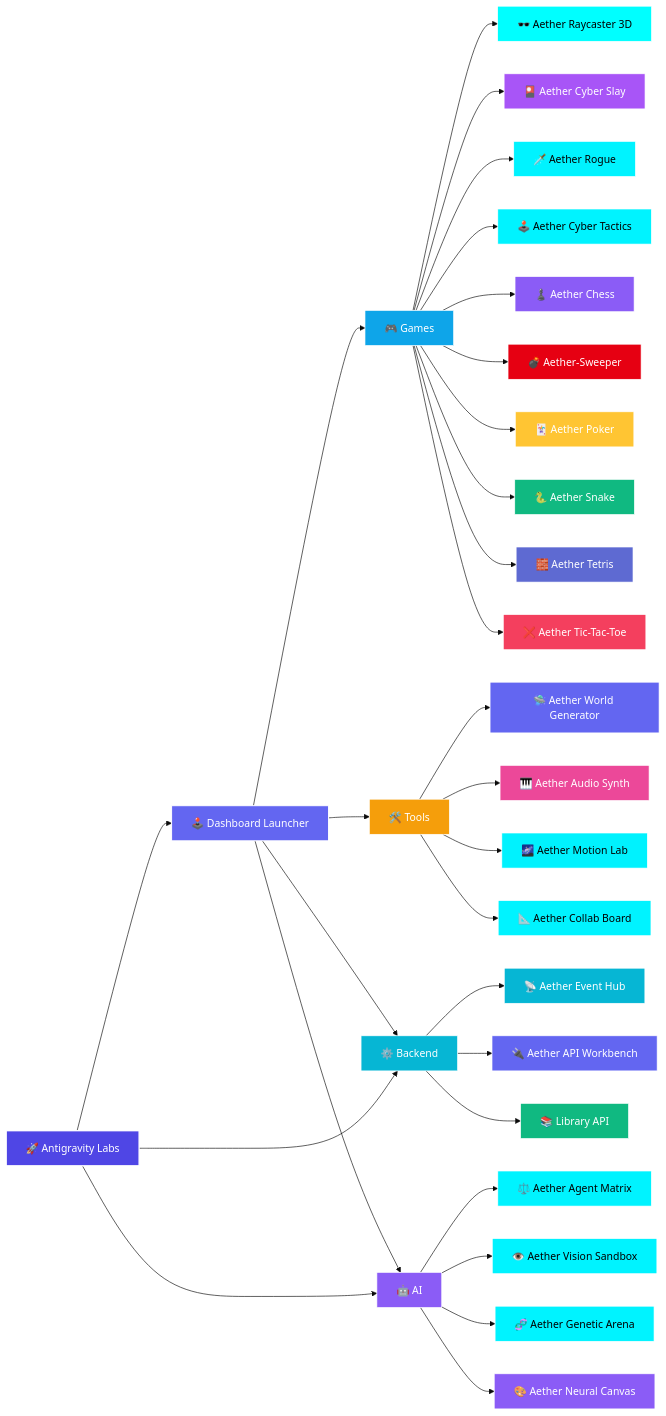
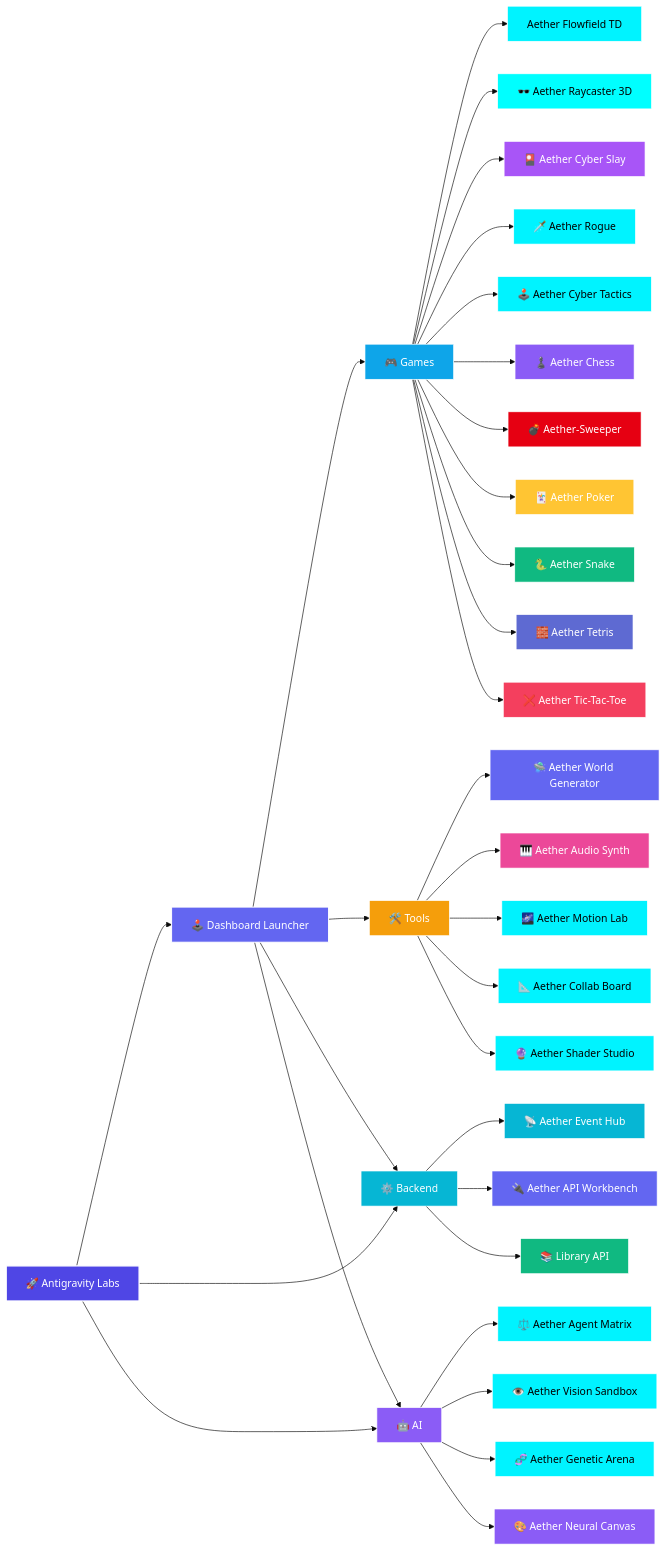
The diagram in README.md (Leturnos/antigravity-labs), drawn with Mermaid (base theme) before and after one commit. The commit also changed other lines of this file and 4 other files, not shown here.

Commit message:
feat(launcher): register Aether Flowfield TD in dashboard and documentation

````diff
--- a/README.md
+++ b/README.md
@@ -46,67 +48,71 @@
 ```mermaid
 flowchart LR
     Root["🚀 Antigravity Labs"]
     Launcher["🕹️ Dashboard Launcher"]
 
     Root --> Launcher
     Root --> Backend["⚙️ Backend"]
     Root --> AI["🤖 AI"]
 
     Launcher --> Games["🎮 Games"]
     Launcher --> Tools["🛠️ Tools"]
     Launcher --> AI["🤖 AI"]
     Launcher --> Backend["⚙️ Backend"]
 
+    Games --> FlowfieldTD["Aether Flowfield TD"]
     Games --> Raycaster["🕶️ Aether Raycaster 3D"]
     Games --> CyberSlay["🎴 Aether Cyber Slay"]
     Games --> Rogue["🗡️ Aether Rogue"]
     Games --> Tactics["🕹️ Aether Cyber Tactics"]
     Games --> Chess["♟️ Aether Chess"]
     Games --> Sweeper["💣 Aether-Sweeper"]
     Games --> Poker["🃏 Aether Poker"]
     Games --> Snake["🐍 Aether Snake"]
     Games --> Tetris["🧱 Aether Tetris"]
     Games --> TicTacToe["❌ Aether Tic-Tac-Toe"]
 
     Backend --> EventHub["📡 Aether Event Hub"]
     Backend --> APIWorkbench["🔌 Aether API Workbench"]
     Backend --> LibraryAPI["📚 Library API"]
     
     Tools --> WorldGen["🛸 Aether World Generator"]
     Tools --> AudioSynth["🎹 Aether Audio Synth"]
     Tools --> MotionLab["🌌 Aether Motion Lab"]
     Tools --> CollabBoard["📐 Aether Collab Board"]
+    Tools --> ShaderStudio["🔮 Aether Shader Studio"]
 
     AI --> AgentMatrix["⚖️ Aether Agent Matrix"]
     AI --> VisionSandbox["👁️ Aether Vision Sandbox"]
     AI --> GeneticArena["🧬 Aether Genetic Arena"]
     AI --> NeuralCanvas["🎨 Aether Neural Canvas"]
 
     style Root fill:#4f46e5,stroke:#fff,stroke-width:2px,color:#fff
     style Launcher fill:#6366f1,stroke:#fff,stroke-width:1.5px,color:#fff
     style Games fill:#0ea5e9,stroke:#fff,stroke-width:1px,color:#fff
     style Backend fill:#06b6d4,stroke:#fff,stroke-width:1px,color:#fff
     style AI fill:#8b5cf6,stroke:#fff,stroke-width:1px,color:#fff
     style Tools fill:#f59e0b,stroke:#fff,stroke-width:1px,color:#fff
+    style FlowfieldTD fill:#00f3ff,stroke:#fff,stroke-width:1px,color:#000
     style Raycaster fill:#00ffff,stroke:#fff,stroke-width:1px,color:#000
     style CyberSlay fill:#a855f7,stroke:#fff,stroke-width:1px,color:#fff
     style Rogue fill:#00f3ff,stroke:#fff,stroke-width:1px,color:#000
     style Tactics fill:#00f3ff,stroke:#fff,stroke-width:1px,color:#000
     style Chess fill:#8b5cf6,stroke:#fff,stroke-width:1px,color:#fff
     style Sweeper fill:#e60012,stroke:#fff,stroke-width:1px,color:#fff
     style Poker fill:#ffc533,stroke:#fff,stroke-width:1px,color:#fff
     style Snake fill:#10b981,stroke:#fff,stroke-width:1px,color:#fff
     style Tetris fill:#5e6ad2,stroke:#fff,stroke-width:1px,color:#fff
     style TicTacToe fill:#f43f5e,stroke:#fff,stroke-width:1px,color:#fff
     style EventHub fill:#06b6d4,stroke:#fff,stroke-width:1px,color:#fff
     style APIWorkbench fill:#6366f1,stroke:#fff,stroke-width:1px,color:#fff
     style LibraryAPI fill:#10b981,stroke:#fff,stroke-width:1px,color:#fff
     style WorldGen fill:#6366f1,stroke:#fff,stroke-width:1px,color:#fff
     style AudioSynth fill:#ec4899,stroke:#fff,stroke-width:1px,color:#fff
     style MotionLab fill:#00f2fe,stroke:#fff,stroke-width:1px,color:#000
     style CollabBoard fill:#00f3ff,stroke:#fff,stroke-width:1px,color:#000
+    style ShaderStudio fill:#00f3ff,stroke:#fff,stroke-width:1px,color:#000
     style AgentMatrix fill:#00f3ff,stroke:#fff,stroke-width:1px,color:#000
     style VisionSandbox fill:#00f3ff,stroke:#fff,stroke-width:1px,color:#000
     style GeneticArena fill:#00f3ff,stroke:#fff,stroke-width:1px,color:#000
     style NeuralCanvas fill:#8b5cf6,stroke:#fff,stroke-width:1px,color:#fff
 ```
````
